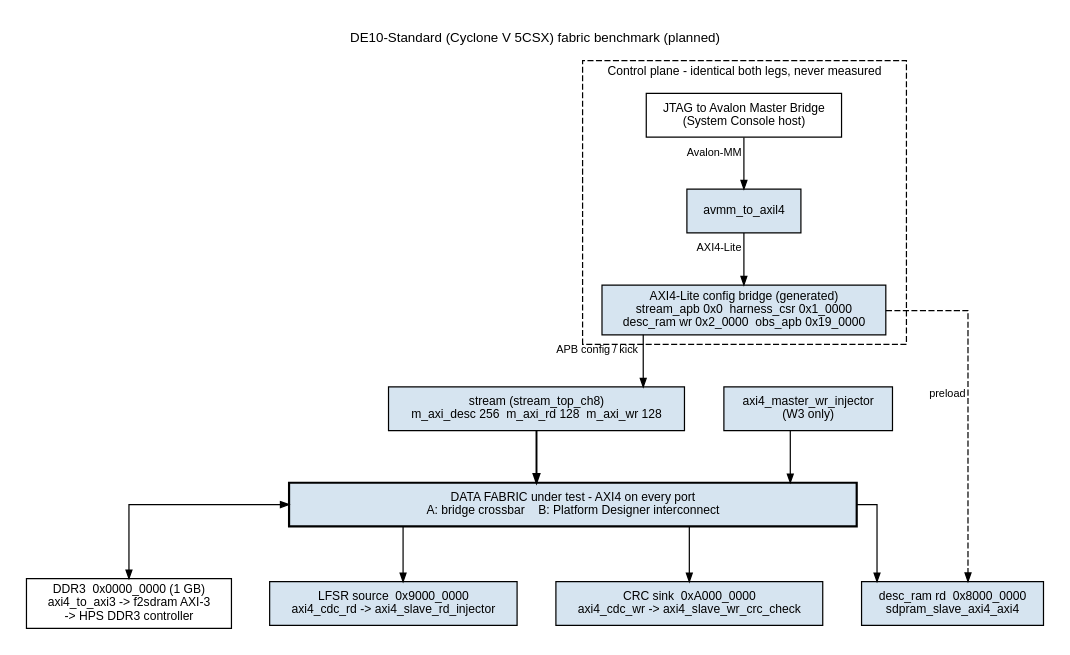
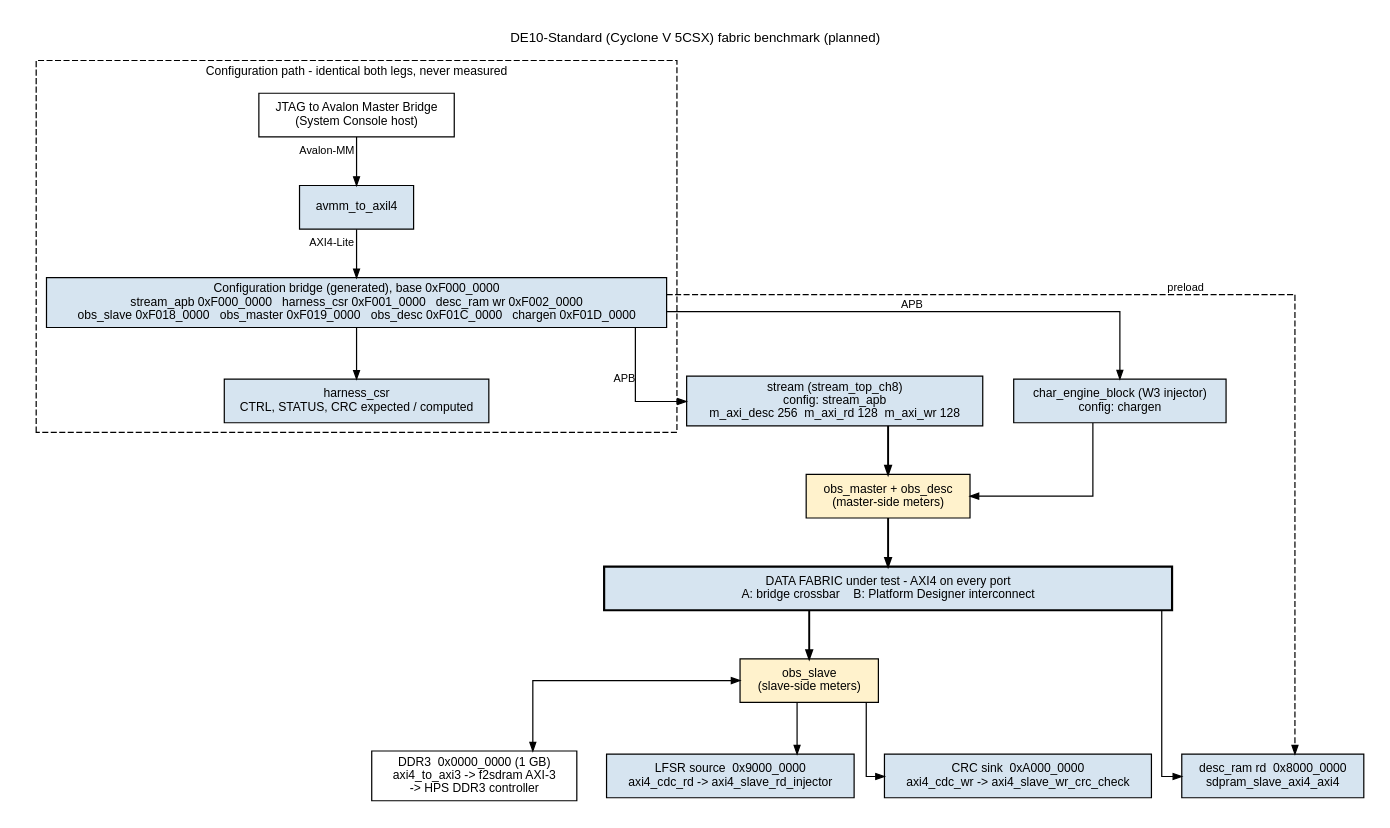
Before and after one commit to sean-galloway/RTLDesignSherpa: the diagram in projects/fpga-systems/DE10-Standard/fabric-benchmark/docs/assets/graphviz/de10_fabric_benchmark_planned.dot, drawn with Graphviz. The commit also changed 2 other files, not shown here.

Commit message:
docs(de10): PRD v0.4 -- one system address map with every config block
Owner review: stream was missing from the map, and the observer and
harness config blocks had nowhere to live. The control-plane and
data-plane tables both started at 0, so stream_apb and harness_csr read
as overlapping DDR3. Replaced by one 32-bit system map (Table 5.1):

- data fabric: DDR3 0x0, desc_ram rd 0x8000_0000, LFSR source
  0x9000_0000, CRC sink 0xA000_0000
- config region at 0xF000_0000, keeping the Genesys 2
  bridge_stream_mon_axil offsets so the regmaps carry over: stream_apb,
  harness_csr, desc_ram wr, obs_slave (0x18), obs_master (0x19),
  obs_desc, chargen

Observers: axi4_intf_master_observer at the fabric's master ports (and
one on the 256-bit descriptor master), axi4_intf_slave_observer at its
slave ports, so the same transaction is stamped on both sides and the
difference is the fabric's latency. W3 injector is char_engine_block
(APB -> chargen_regs -> char_gen_unit), the existing configurable
generator, instead of a bare axi4_master_wr_injector with cfg_* ports.
Figure 5.1 redrawn.

```diff
--- a/projects/fpga-systems/DE10-Standard/fabric-benchmark/docs/assets/graphviz/de10_fabric_benchmark_planned.dot
+++ b/projects/fpga-systems/DE10-Standard/fabric-benchmark/docs/assets/graphviz/de10_fabric_benchmark_planned.dot
@@ -1,39 +1,48 @@
 // DE10-Standard fabric benchmark architecture (PRD.md section 5, Figure 5.1).
-// PLANNED: no RTL or build exists yet; this draws PRD v0.4's control plane,
-// data plane and address map. House style: vault/handbook/authoring/block-diagrams.md
-// ("(planned)" in the title; the fabric under test in the center, emphasized).
+// PLANNED: no RTL or build exists yet; this draws PRD v0.4's system address
+// map (Table 5.1): the configuration region at 0xF000_0000 and the data fabric
+// below it, with the observers at the fabric's master and slave ports.
+// House style: vault/handbook/authoring/block-diagrams.md ("(planned)" in the
+// title; the fabric under test in the center, emphasized).
 digraph de10_fabric_benchmark_planned {
-    graph [rankdir=TB, bgcolor="white", fontname="Helvetica", fontsize=11, nodesep="0.45", ranksep="0.6", splines=ortho, newrank=true, labelloc=t, labeljust=c, pad="0.2", label="DE10-Standard (Cyclone V 5CSX) fabric benchmark (planned)"];
+    graph [rankdir=TB, bgcolor="white", fontname="Helvetica", fontsize=11, nodesep="0.35", ranksep="0.55", splines=ortho, newrank=true, labelloc=t, labeljust=c, pad="0.2", label="DE10-Standard (Cyclone V 5CSX) fabric benchmark (planned)"];
     node  [fontname="Helvetica", fontsize=10, shape=box, style=filled, fillcolor="#D6E4F0", color="black", margin="0.12,0.06"];
     edge  [fontname="Helvetica", fontsize=9, color="black", arrowsize=0.7];
 
     subgraph cluster_ctl {
-        label="Control plane - identical both legs, never measured"; fontsize=10; style=dashed;
+        label="Configuration path - identical both legs, never measured"; fontsize=10; style=dashed;
         jtag [label="JTAG to Avalon Master Bridge\n(System Console host)", fillcolor="white"];
         av   [label="avmm_to_axil4"];
-        cbr  [label="AXI4-Lite config bridge (generated)\nstream_apb 0x0  harness_csr 0x1_0000\ndesc_ram wr 0x2_0000  obs_apb 0x19_0000"];
+        cbr  [label="Configuration bridge (generated), base 0xF000_0000\nstream_apb 0xF000_0000   harness_csr 0xF001_0000   desc_ram wr 0xF002_0000\nobs_slave 0xF018_0000   obs_master 0xF019_0000   obs_desc 0xF01C_0000   chargen 0xF01D_0000"];
+        hcsr [label="harness_csr\nCTRL, STATUS, CRC expected / computed"];
         jtag -> av [xlabel="Avalon-MM"];
         av -> cbr [xlabel="AXI4-Lite"];
+        cbr -> hcsr;
     }
 
-    str  [label="stream (stream_top_ch8)\nm_axi_desc 256  m_axi_rd 128  m_axi_wr 128"];
-    inj  [label="axi4_master_wr_injector\n(W3 only)"];
+    str  [label="stream (stream_top_ch8)\nconfig: stream_apb\nm_axi_desc 256  m_axi_rd 128  m_axi_wr 128"];
+    inj  [label="char_engine_block (W3 injector)\nconfig: chargen"];
+    obm  [label="obs_master + obs_desc\n(master-side meters)", fillcolor="#FFF2CC"];
     fab  [label="DATA FABRIC under test - AXI4 on every port\nA: bridge crossbar    B: Platform Designer interconnect", penwidth=1.8, width=6.5];
+    obs  [label="obs_slave\n(slave-side meters)", fillcolor="#FFF2CC"];
 
     ddr  [label="DDR3  0x0000_0000 (1 GB)\naxi4_to_axi3 -> f2sdram AXI-3\n-> HPS DDR3 controller", fillcolor="white"];
     dsc  [label="desc_ram rd  0x8000_0000\nsdpram_slave_axi4_axi4"];
     src  [label="LFSR source  0x9000_0000\naxi4_cdc_rd -> axi4_slave_rd_injector"];
     snk  [label="CRC sink  0xA000_0000\naxi4_cdc_wr -> axi4_slave_wr_crc_check"];
 
-    cbr -> str [xlabel="APB config / kick"];
+    cbr -> str [xlabel="APB"];
+    cbr -> inj [xlabel="APB"];
     cbr -> dsc [style=dashed, xlabel="preload"];
-    str -> fab [penwidth=1.6];
-    inj -> fab;
-    fab -> ddr [dir=both];
+    str -> obm [penwidth=1.6];
+    inj -> obm;
+    obm -> fab [penwidth=1.6];
+    fab -> obs [penwidth=1.6];
+    obs -> ddr [dir=both];
     fab -> dsc;
-    fab -> src;
-    fab -> snk;
+    obs -> src;
+    obs -> snk;
 
     { rank=same; str; inj; }
     { rank=same; ddr; dsc; src; snk; }
 }
```
